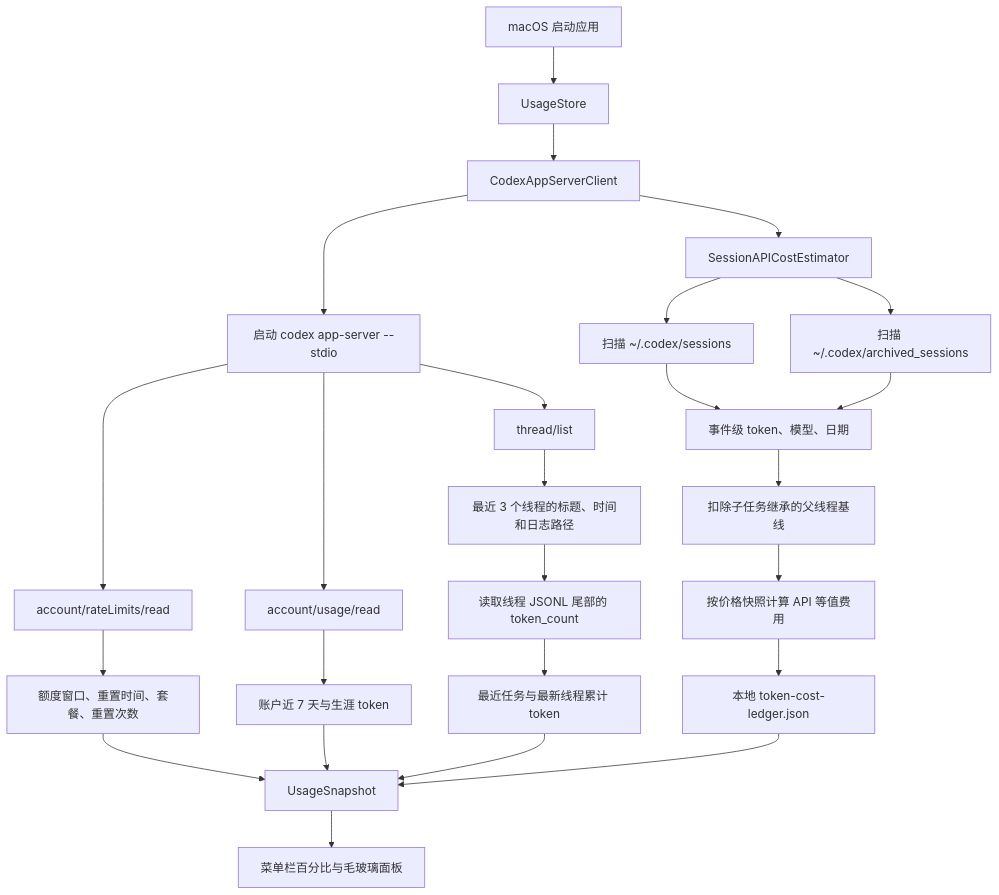
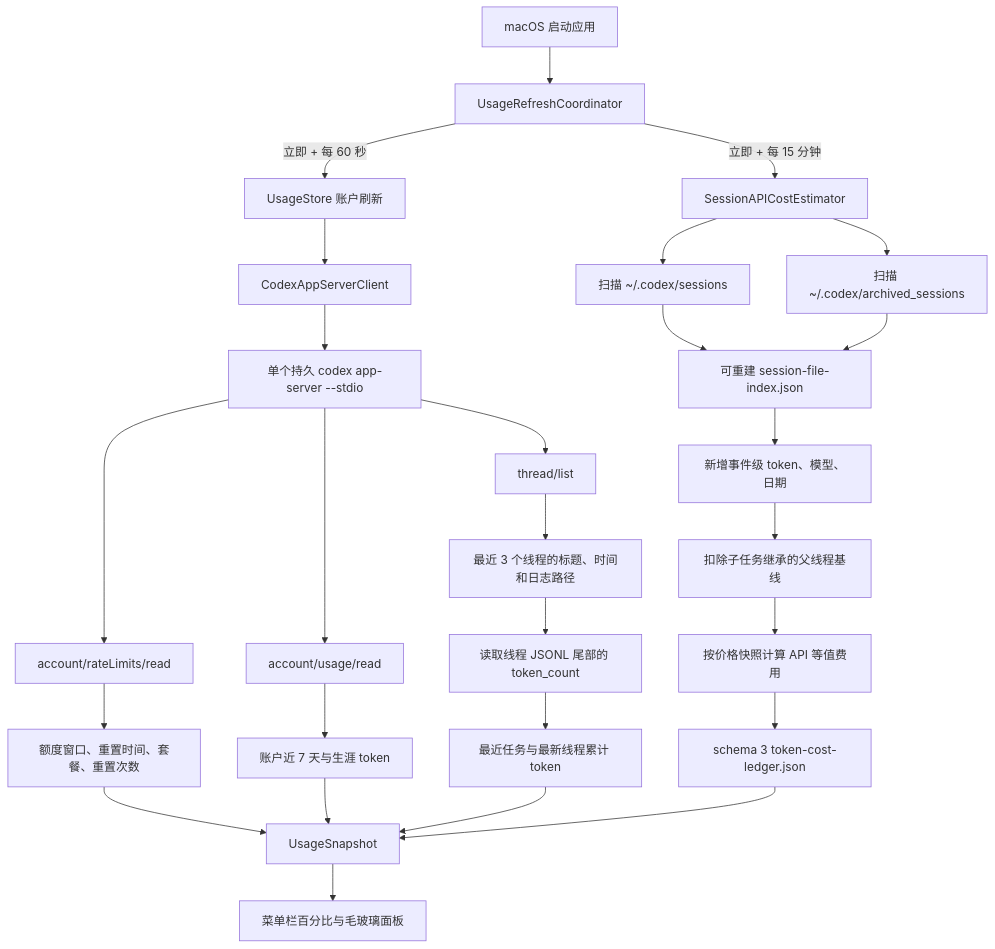
One commit to ower93/CodexUsageMonitor changed the diagram in docs/HOW_CODEX_USAGE_MONITOR_WORKS_ZH.md. Above: the diagram before and after it, drawn with Mermaid. The commit also changed other lines of this file and 20 other files, not shown here.

````diff
--- a/docs/HOW_CODEX_USAGE_MONITOR_WORKS_ZH.md
+++ b/docs/HOW_CODEX_USAGE_MONITOR_WORKS_ZH.md
@@ -18,31 +18,33 @@
 ```mermaid
 flowchart TD
-    A["macOS 启动应用"] --> B["UsageStore"]
-    B --> C["CodexAppServerClient"]
-    C --> D["启动 codex app-server --stdio"]
-    D --> E["account/rateLimits/read"]
-    D --> F["account/usage/read"]
-    D --> G["thread/list"]
+    A["macOS 启动应用"] --> B["UsageRefreshCoordinator"]
+    B -->|"立即 + 每 60 秒"| C["UsageStore 账户刷新"]
+    C --> D["CodexAppServerClient"]
+    D --> E0["单个持久 codex app-server --stdio"]
+    E0 --> E["account/rateLimits/read"]
+    E0 --> F["account/usage/read"]
+    E0 --> G["thread/list"]
 
     E --> H["额度窗口、重置时间、套餐、重置次数"]
     F --> I["账户近 7 天与生涯 token"]
     G --> J["最近 3 个线程的标题、时间和日志路径"]
 
     J --> K["读取线程 JSONL 尾部的 token_count"]
     K --> L["最近任务与最新线程累计 token"]
 
-    C --> M["SessionAPICostEstimator"]
+    B -->|"立即 + 每 15 分钟"| M["SessionAPICostEstimator"]
     M --> N["扫描 ~/.codex/sessions"]
     M --> O["扫描 ~/.codex/archived_sessions"]
-    N --> P["事件级 token、模型、日期"]
-    O --> P
+    N --> N0["可重建 session-file-index.json"]
+    O --> N0
+    N0 --> P["新增事件级 token、模型、日期"]
     P --> Q["扣除子任务继承的父线程基线"]
     Q --> R["按价格快照计算 API 等值费用"]
-    R --> S["本地 token-cost-ledger.json"]
+    R --> S["schema 3 token-cost-ledger.json"]
 
     H --> T["UsageSnapshot"]
     I --> T
     L --> T
     S --> T
     T --> U["菜单栏百分比与毛玻璃面板"]
 ```
````
